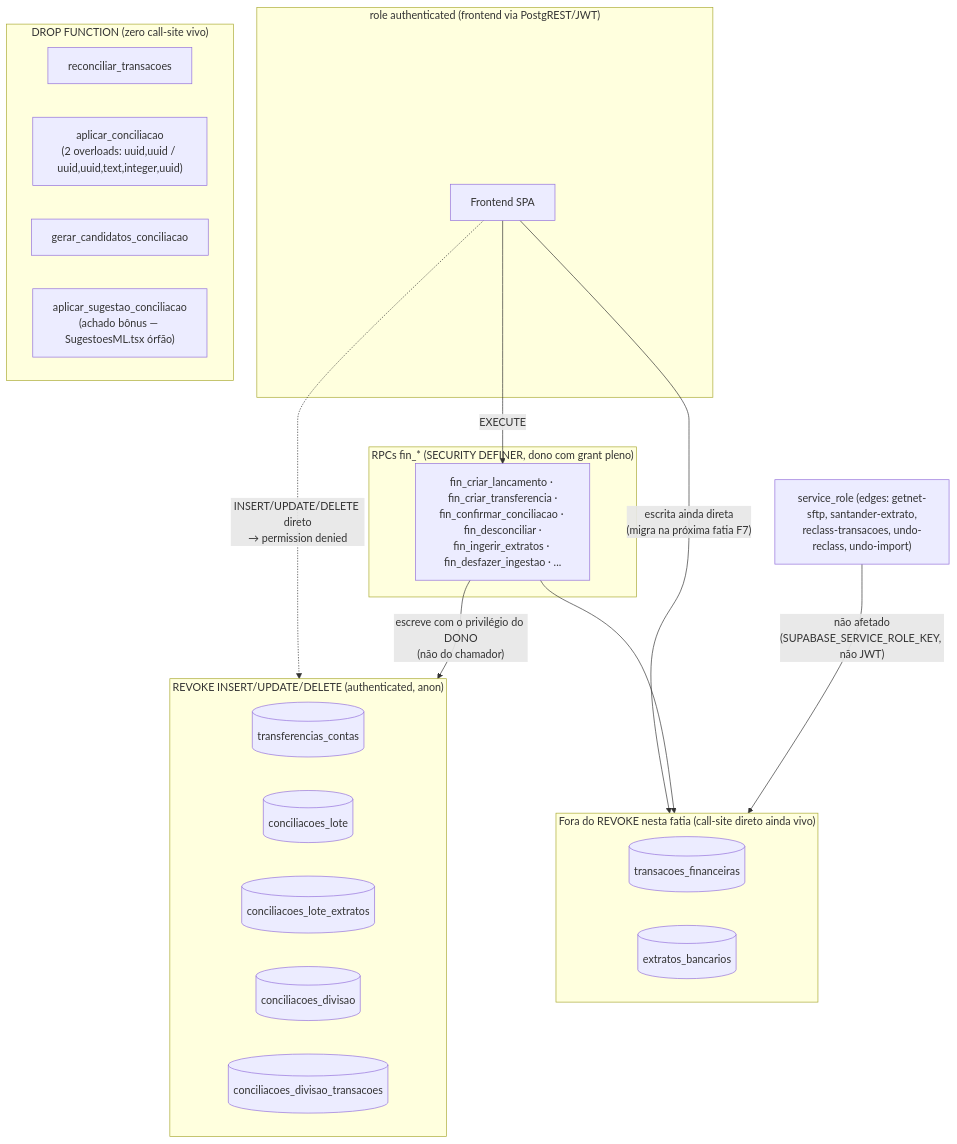
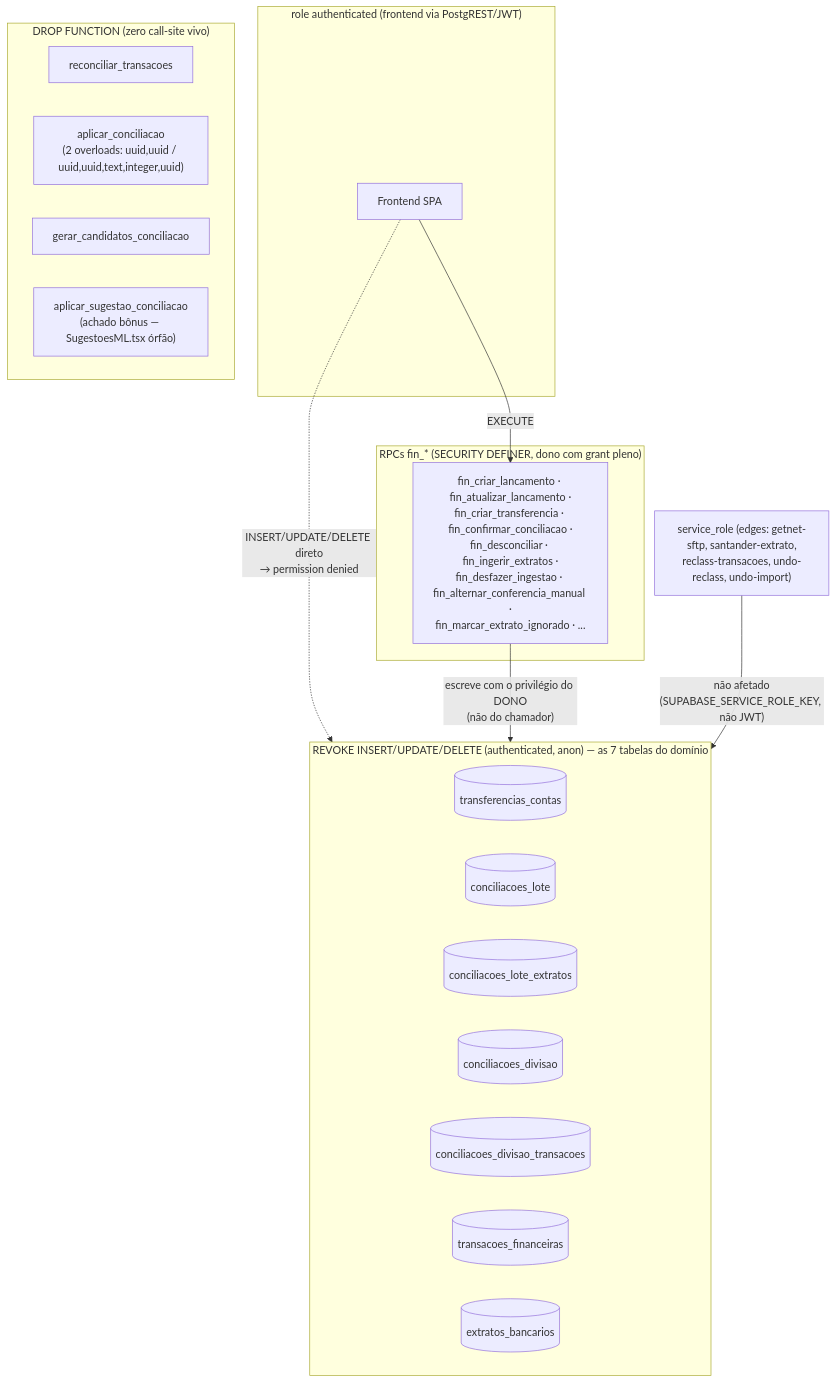
The eighth of 8 diagrams in docs/diagramas/fluxo-financeiro.md (adrianoapc/igreja-carvalho), drawn with Mermaid before and after one commit. The commit also changed other lines of this file and 2 other files, not shown here.

First line of the commit message:
docs(financeiro): F7 — atualiza §9.6/roadmap/RLS/diagrama p/ sub-frente 1/5 completa

````diff
--- a/docs/diagramas/fluxo-financeiro.md
+++ b/docs/diagramas/fluxo-financeiro.md
@@ -408,38 +412,33 @@
 ```mermaid
 flowchart TD
     subgraph AUTH["role authenticated (frontend via PostgREST/JWT)"]
         FE["Frontend SPA"]
     end
 
-    subgraph REVOGADO["REVOKE INSERT/UPDATE/DELETE (authenticated, anon)"]
+    subgraph REVOGADO["REVOKE INSERT/UPDATE/DELETE (authenticated, anon) — as 7 tabelas do domínio"]
         T1[(transferencias_contas)]
         T2[(conciliacoes_lote)]
         T3[(conciliacoes_lote_extratos)]
         T4[(conciliacoes_divisao)]
         T5[(conciliacoes_divisao_transacoes)]
-    end
-
-    subgraph FORA["Fora do REVOKE nesta fatia (call-site direto ainda vivo)"]
         T6[(transacoes_financeiras)]
         T7[(extratos_bancarios)]
     end
 
     FE -.->|"INSERT/UPDATE/DELETE direto\n→ permission denied"| REVOGADO
-    FE -->|"escrita ainda direta\n(migra na próxima fatia F7)"| FORA
 
     subgraph CORE["RPCs fin_* (SECURITY DEFINER, dono com grant pleno)"]
-        RPC["fin_criar_lancamento · fin_criar_transferencia ·\nfin_confirmar_conciliacao · fin_desconciliar ·\nfin_ingerir_extratos · fin_desfazer_ingestao · ..."]
+        RPC["fin_criar_lancamento · fin_atualizar_lancamento ·\nfin_criar_transferencia · fin_confirmar_conciliacao ·\nfin_desconciliar · fin_ingerir_extratos ·\nfin_desfazer_ingestao · fin_alternar_conferencia_manual ·\nfin_marcar_extrato_ignorado · ..."]
     end
     FE -->|EXECUTE| RPC
     RPC -->|"escreve com o privilégio do DONO\n(não do chamador)"| REVOGADO
-    RPC --> FORA
 
     subgraph DROP["DROP FUNCTION (zero call-site vivo)"]
         L1[reconciliar_transacoes]
         L2["aplicar_conciliacao\n(2 overloads: uuid,uuid / uuid,uuid,text,integer,uuid)"]
         L3[gerar_candidatos_conciliacao]
         L4["aplicar_sugestao_conciliacao\n(achado bônus — SugestoesML.tsx órfão)"]
     end
 
-    SR["service_role (edges: getnet-sftp, santander-extrato,\nreclass-transacoes, undo-reclass, undo-import)"] -->|"não afetado\n(SUPABASE_SERVICE_ROLE_KEY, não JWT)"| FORA
+    SR["service_role (edges: getnet-sftp, santander-extrato,\nreclass-transacoes, undo-reclass, undo-import)"] -->|"não afetado\n(SUPABASE_SERVICE_ROLE_KEY, não JWT)"| REVOGADO
 ```
````
